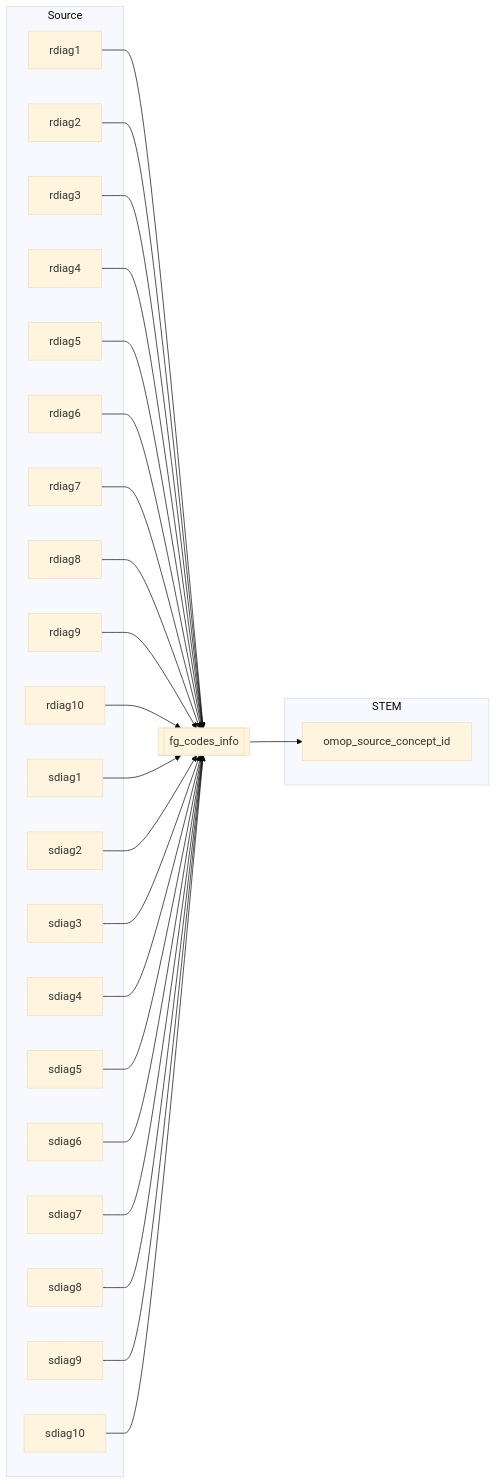
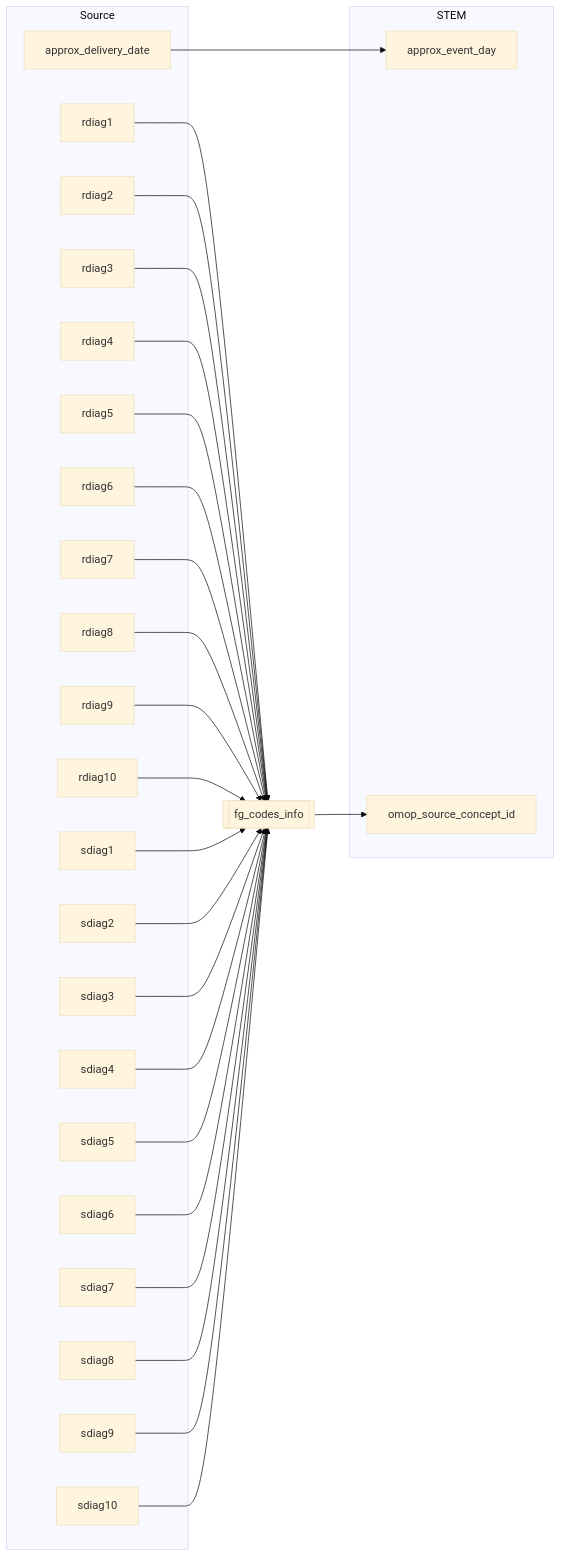
Before and after one commit to FINNGEN/ETL: the diagram in 2_etl_specifications/documentation/birth_mother_to_stem.md, drawn with Mermaid. The commit also changed other lines of this file and 12 other files, not shown here.

````diff
--- a/2_etl_specifications/documentation/birth_mother_to_stem.md
+++ b/2_etl_specifications/documentation/birth_mother_to_stem.md
@@ -10,57 +10,60 @@
 ```mermaid
 %%{init: {'theme': 'base' } }%%
 %%{init: {'theme': 'base' } }%%
 flowchart LR
     subgraph Source
+        approx_delivery_date
         rdiag1
         rdiag2
         rdiag3
         rdiag4
         rdiag5
         rdiag6
         rdiag7
         rdiag8
         rdiag9
         rdiag10
         sdiag1
         sdiag2
         sdiag3
         sdiag4
         sdiag5
         sdiag6
         sdiag7
         sdiag8
         sdiag9
         sdiag10
     end
 
     fg_codes_info[[fg_codes_info]]
 
     subgraph STEM
+        approx_event_day
         omop_source_concept_id
 
     end
 
+    approx_delivery_date-->approx_event_day
     rdiag1-->fg_codes_info
     rdiag2-->fg_codes_info
     rdiag3-->fg_codes_info
     rdiag4-->fg_codes_info
     rdiag5-->fg_codes_info
     rdiag6-->fg_codes_info
     rdiag7-->fg_codes_info
     rdiag8-->fg_codes_info
     rdiag9-->fg_codes_info
     rdiag10-->fg_codes_info
     sdiag1-->fg_codes_info
     sdiag2-->fg_codes_info
     sdiag3-->fg_codes_info
     sdiag4-->fg_codes_info
     sdiag5-->fg_codes_info
     sdiag6-->fg_codes_info
     sdiag7-->fg_codes_info
     sdiag8-->fg_codes_info
     sdiag9-->fg_codes_info
     sdiag10-->fg_codes_info
 
     fg_codes_info-->omop_source_concept_id
 ```
````
